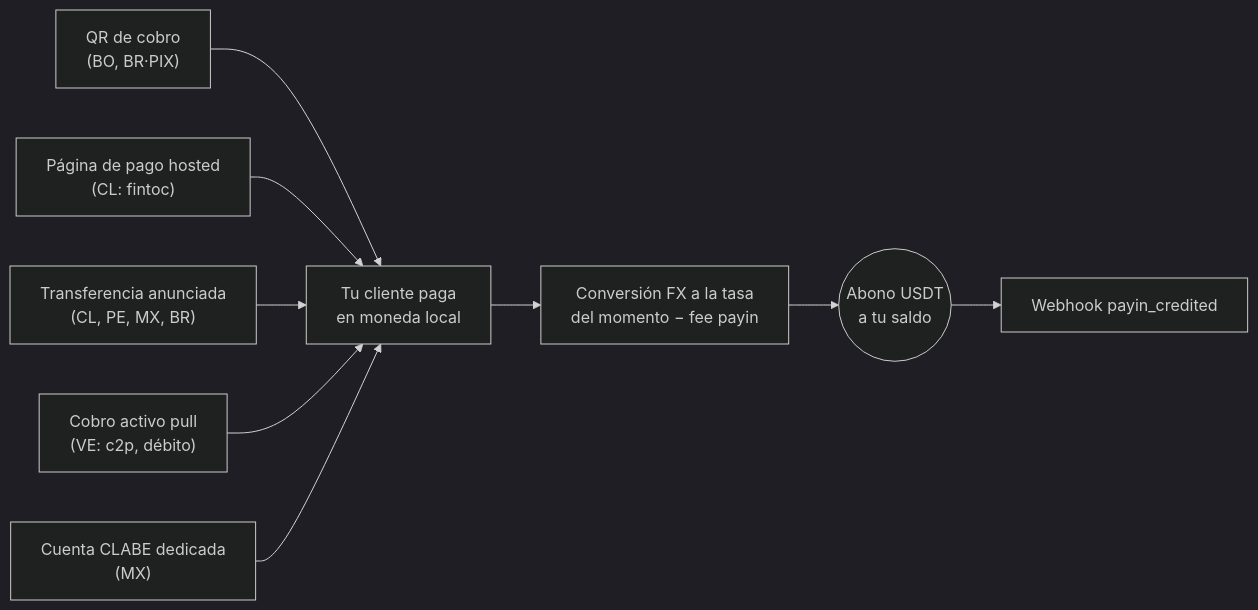
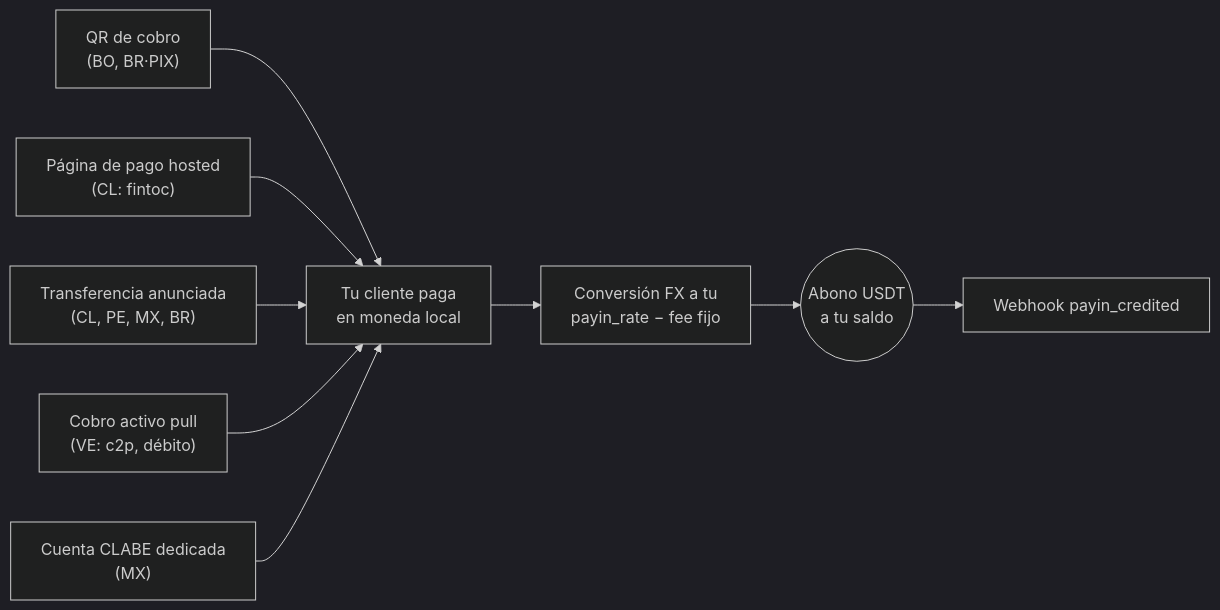
The sixth of 13 diagrams in CBPAY_DOCUMENTACION.md (SaturoS17/docs), drawn with Mermaid (dark theme) before and after one commit. The commit also changed other lines of this file and 17 other files, not shown here.

Commit message:
payins: FX pricing in payin_rate (spread in the rate, fixed fee only) - v1.21

````diff
--- a/CBPAY_DOCUMENTACION.md
+++ b/CBPAY_DOCUMENTACION.md
@@ -1270,11 +1299,11 @@
 ```mermaid
 flowchart LR
     qr["QR de cobro<br/>(BO, BR·PIX)"] --> pago["Tu cliente paga<br/>en moneda local"]
     hosted["Página de pago hosted<br/>(CL: fintoc)"] --> pago
     anunciada["Transferencia anunciada<br/>(CL, PE, MX, BR)"] --> pago
     pull["Cobro activo pull<br/>(VE: c2p, débito)"] --> pago
     clabe["Cuenta CLABE dedicada<br/>(MX)"] --> pago
-    pago --> conv["Conversión FX a la tasa<br/>del momento − fee payin"]
+    pago --> conv["Conversión FX a tu<br/>payin_rate − fee fijo"]
     conv --> credito(("Abono USDT<br/>a tu saldo"))
     credito --> wh["Webhook payin_credited"]
 ```
````
